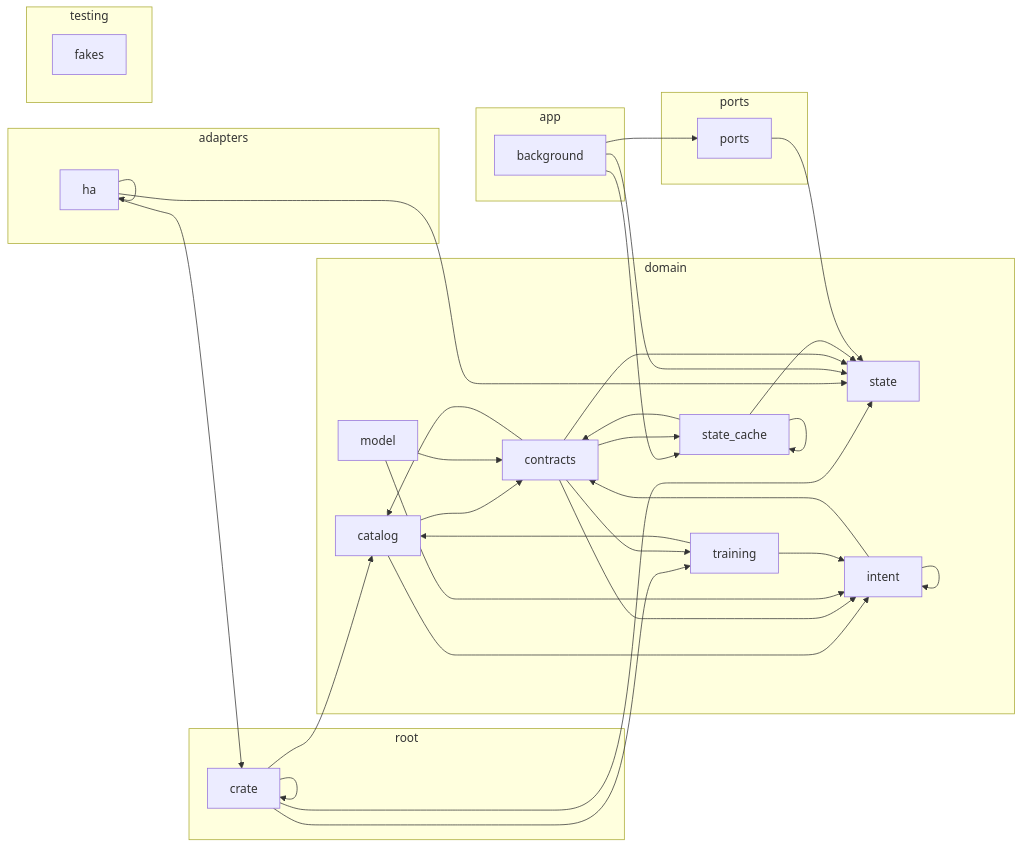
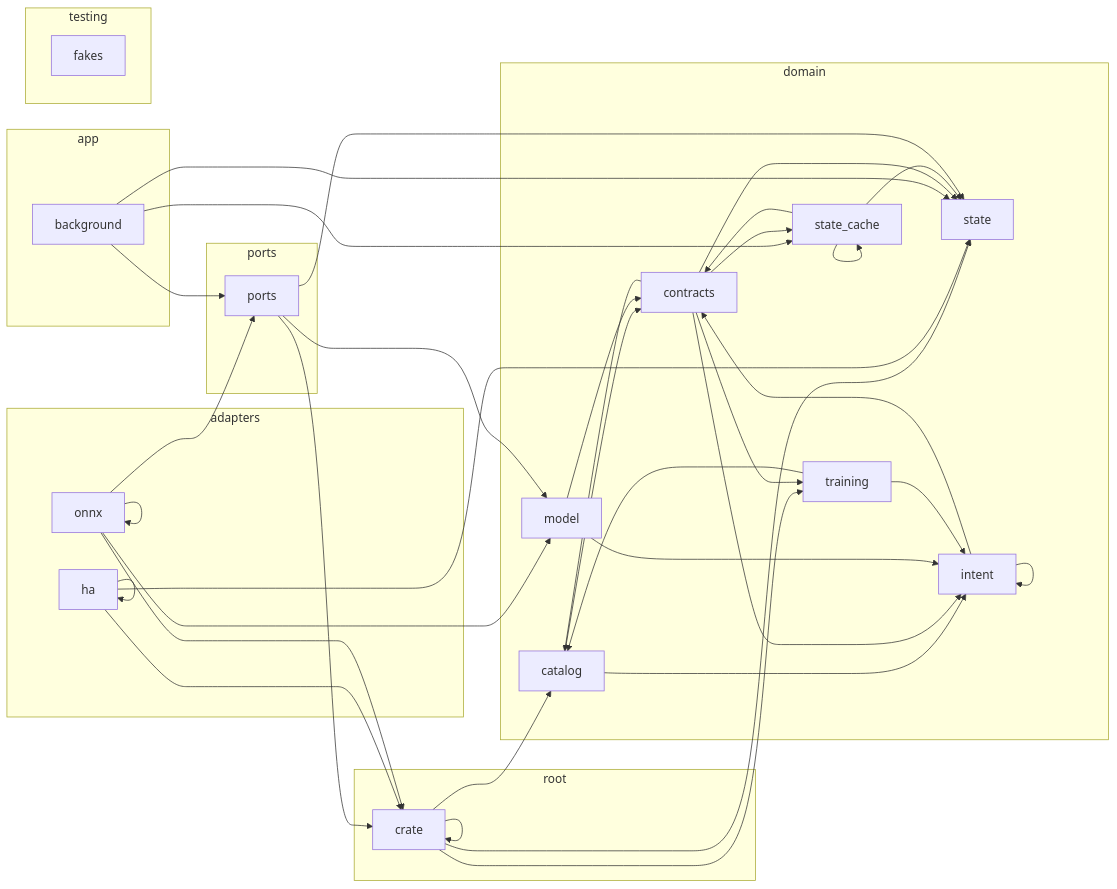
Before and after one commit to louislang/ha-jarvis: the diagram in docs/architecture.md, drawn with Mermaid. The commit also changed 6 other files, not shown here.

````diff
--- a/docs/architecture.md
+++ b/docs/architecture.md
@@ -5,54 +5,61 @@
 ```mermaid
 flowchart LR
     subgraph adapters
         crate_adapters_ha[ha]
+        crate_adapters_onnx[onnx]
     end
     subgraph app
         crate_app_background[background]
     end
     subgraph domain
         crate_domain_catalog[catalog]
         crate_domain_contracts[contracts]
         crate_domain_intent[intent]
         crate_domain_model[model]
         crate_domain_state[state]
         crate_domain_state_cache[state_cache]
         crate_domain_training[training]
     end
     subgraph ports
         crate_ports[ports]
     end
     subgraph root
         crate[crate]
     end
     subgraph testing
         crate_testing_fakes[fakes]
     end
     crate --> crate
     crate --> crate_domain_catalog
     crate --> crate_domain_state
     crate --> crate_domain_training
     crate_adapters_ha --> crate
     crate_adapters_ha --> crate_adapters_ha
     crate_adapters_ha --> crate_domain_state
+    crate_adapters_onnx --> crate
+    crate_adapters_onnx --> crate_adapters_onnx
+    crate_adapters_onnx --> crate_domain_model
+    crate_adapters_onnx --> crate_ports
     crate_app_background --> crate_domain_state
     crate_app_background --> crate_domain_state_cache
     crate_app_background --> crate_ports
     crate_domain_catalog --> crate_domain_contracts
     crate_domain_catalog --> crate_domain_intent
     crate_domain_contracts --> crate_domain_catalog
     crate_domain_contracts --> crate_domain_intent
     crate_domain_contracts --> crate_domain_state
     crate_domain_contracts --> crate_domain_state_cache
     crate_domain_contracts --> crate_domain_training
     crate_domain_intent --> crate_domain_contracts
     crate_domain_intent --> crate_domain_intent
     crate_domain_model --> crate_domain_contracts
     crate_domain_model --> crate_domain_intent
     crate_domain_state_cache --> crate_domain_contracts
     crate_domain_state_cache --> crate_domain_state
     crate_domain_state_cache --> crate_domain_state_cache
     crate_domain_training --> crate_domain_catalog
     crate_domain_training --> crate_domain_intent
+    crate_ports --> crate
+    crate_ports --> crate_domain_model
     crate_ports --> crate_domain_state
 ```
````
